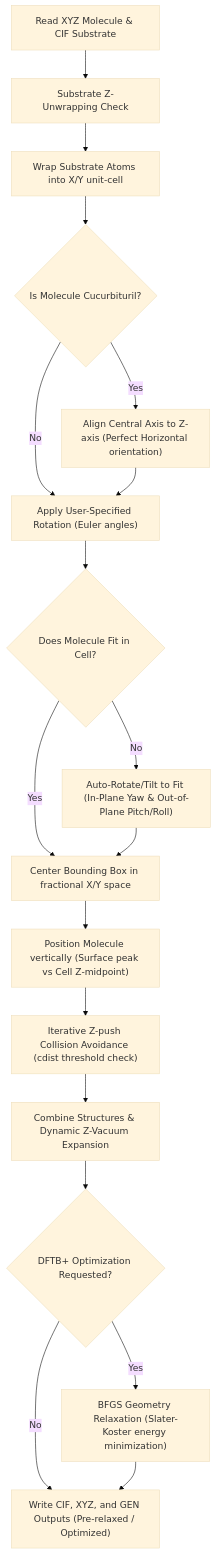
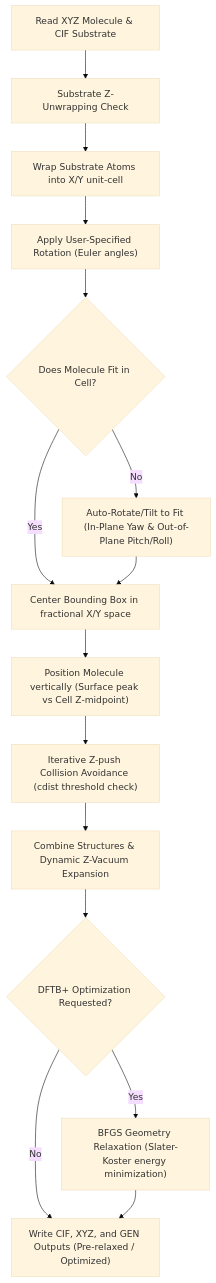
Before and after one commit to KalEktor/PyHyb: the diagram in README.md, drawn with Mermaid (base theme).

Commit message:
docs: remove Cucurbituril check from physical workflow diagram in README

````diff
--- a/README.md
+++ b/README.md
@@ -162,20 +162,17 @@
 ```mermaid
 graph TD
     A["Read XYZ Molecule & CIF Substrate"] --> B["Substrate Z-Unwrapping Check"]
     B --> C["Wrap Substrate Atoms into X/Y unit-cell"]
-    C --> D{"Is Molecule Cucurbituril?"}
-    D -->|Yes| E["Align Central Axis to Z-axis (Perfect Horizontal orientation)"]
-    D -->|No| F["Apply User-Specified Rotation (Euler angles)"]
-    E --> F
+    C --> F["Apply User-Specified Rotation (Euler angles)"]
     F --> G{"Does Molecule Fit in Cell?"}
     G -->|No| H["Auto-Rotate/Tilt to Fit (In-Plane Yaw & Out-of-Plane Pitch/Roll)"]
     G -->|Yes| I["Center Bounding Box in fractional X/Y space"]
     H --> I
     I --> J["Position Molecule vertically (Surface peak vs Cell Z-midpoint)"]
     J --> K["Iterative Z-push Collision Avoidance (cdist threshold check)"]
     K --> L["Combine Structures & Dynamic Z-Vacuum Expansion"]
     L --> M{"DFTB+ Optimization Requested?"}
     M -->|Yes| N["BFGS Geometry Relaxation (Slater-Koster energy minimization)"]
     M -->|No| O["Write CIF, XYZ, and GEN Outputs (Pre-relaxed / Optimized)"]
     N --> O
 ```
````
